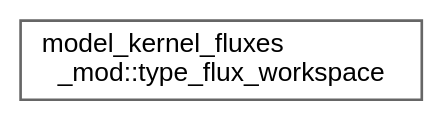
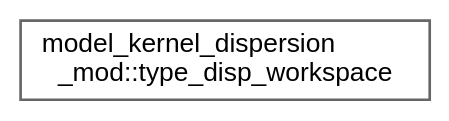
The diagram in release/v4.0-beta/inherit_graph_39.dot (mayhl/FUNWAVE-TVD), drawn with Graphviz before and after one commit. The commit also changed 52 other files, not shown here.

```diff
--- a/release/v4.0-beta/inherit_graph_39.dot
+++ b/release/v4.0-beta/inherit_graph_39.dot
@@ -1,9 +1,9 @@
 digraph "Graphical Class Hierarchy"
 {
  // LATEX_PDF_SIZE
   bgcolor="transparent";
   edge [fontname=Helvetica,fontsize=10,labelfontname=Helvetica,labelfontsize=10];
   node [fontname=Helvetica,fontsize=10,shape=box,height=0.2,width=0.4];
   rankdir="LR";
-  Node0 [id="Node000000",label="model_kernel_fluxes\l_mod::type_flux_workspace",height=0.2,width=0.4,color="grey40", fillcolor="white", style="filled",URL="$structmodel__kernel__fluxes__mod_1_1type__flux__workspace.html",tooltip=" "];
+  Node0 [id="Node000000",label="model_kernel_dispersion\l_mod::type_disp_workspace",height=0.2,width=0.4,color="grey40", fillcolor="white", style="filled",URL="$structmodel__kernel__dispersion__mod_1_1type__disp__workspace.html",tooltip=" "];
 }
```
